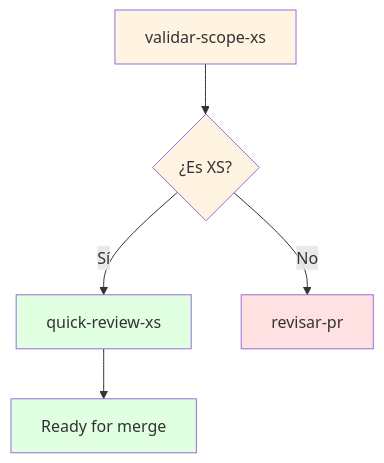
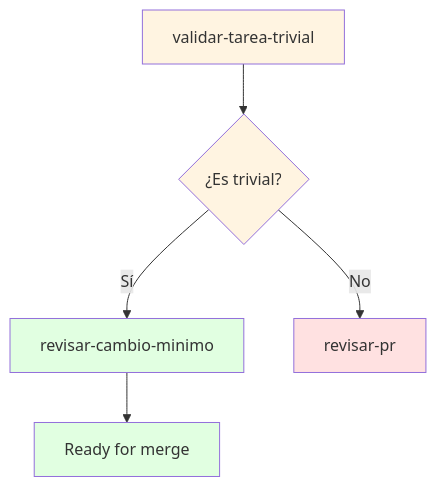
Before and after one commit to gilmrjc/factory: the seventh of 9 diagrams in docs/workflows.md, drawn with Mermaid. The commit also changed other lines of this file and 139 other files, not shown here.

````diff
--- a/docs/workflows.md
+++ b/docs/workflows.md
@@ -134,13 +427,13 @@
 ```mermaid
 flowchart TD
-    A[validar-scope-xs] --> B{¿Es XS?}
-    B -->|Sí| C[quick-review-xs]
+    A[validar-tarea-trivial] --> B{¿Es trivial?}
+    B -->|Sí| C[revisar-cambio-minimo]
     B -->|No| D[revisar-pr]
     C --> E[Ready for merge]
-    
+
     style A fill:#fff4e1
     style B fill:#fff4e1
     style C fill:#e1ffe1
     style D fill:#ffe1e1
     style E fill:#e1ffe1
 ```
````
